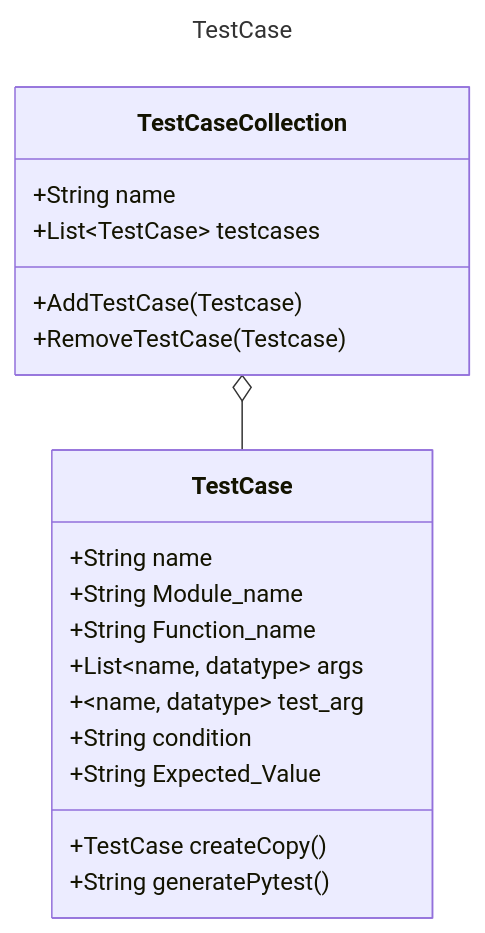
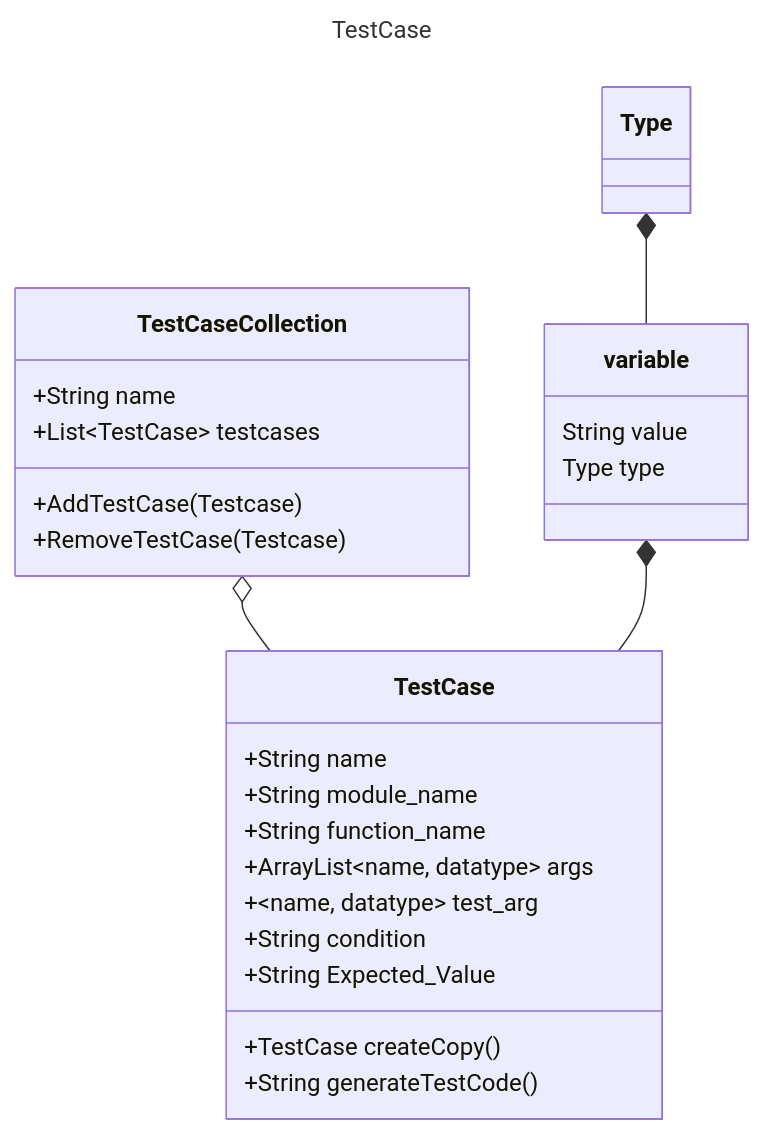
Before and after one commit to Caelan0501/devops_testgen: the diagram in docs/TestCase.mmd, drawn with Mermaid. The commit also changed 2 other files, not shown here.

Commit message:
Updates to TestCase class: Process of Refactoring generateTestCode function with maps structure

```diff
--- a/docs/TestCase.mmd
+++ b/docs/TestCase.mmd
@@ -1,25 +1,37 @@
 ---
 title: TestCase
 ---
 classDiagram
     class TestCase{
+
         +String name
-        +String Module_name
-        +String Function_name
-        +List~name, datatype~ args
+        +String module_name
+        +String function_name
+        +ArrayList~name, datatype~ args
         +~name, datatype~ test_arg
         +String condition
         +String Expected_Value
 
         +TestCase createCopy()
-        +String generatePytest()
+        +String generateTestCode()
     }
     class TestCaseCollection{
         +String name
         +List~TestCase~ testcases
 
         +AddTestCase(Testcase)
         +RemoveTestCase(Testcase)
     }
 
+    class variable{
+        String value
+        Type type
+    }
+
+    class Type{
+
+    }
+
     TestCaseCollection o-- TestCase
+    variable *-- TestCase
+    Type *-- variable
```
